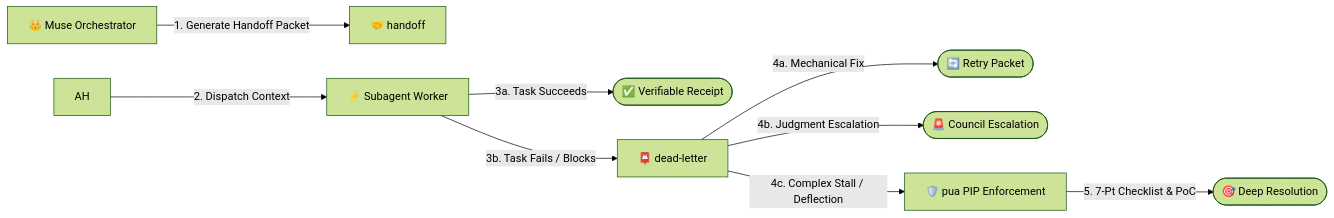
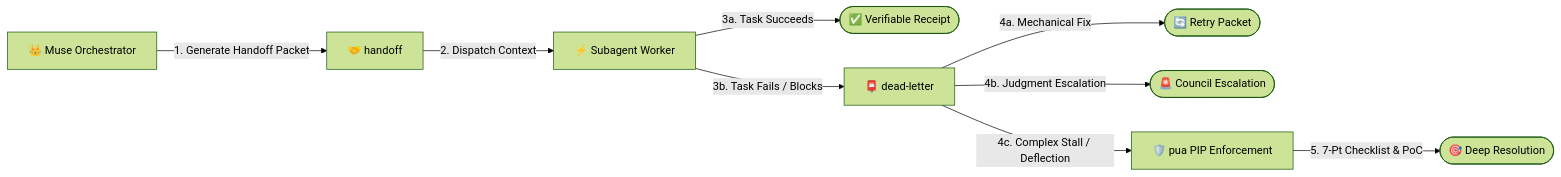
The third of 3 diagrams in docs/ARCHITECTURE.md (harshsinghmp/muse-skills), drawn with Mermaid (forest theme) before and after one commit. The commit also changed other lines of this file and 30 other files, not shown here.

````diff
--- a/docs/ARCHITECTURE.md
+++ b/docs/ARCHITECTURE.md
@@ -191,11 +222,11 @@
 ```mermaid
 graph LR
     Orchestrator[👑 Muse Orchestrator] -->|1. Generate Handoff Packet| HO[🤝 handoff]
-    AH -->|2. Dispatch Context| Worker[⚡ Subagent Worker]
+    HO -->|2. Dispatch Context| Worker[⚡ Subagent Worker]
     Worker -->|3a. Task Succeeds| Done([✅ Verifiable Receipt])
     Worker -->|3b. Task Fails / Blocks| DL[📮 dead-letter]
     DL -->|4a. Mechanical Fix| Retry([🔄 Retry Packet])
     DL -->|4b. Judgment Escalation| Escalate([🚨 Council Escalation])
     DL -->|4c. Complex Stall / Deflection| PUA[🛡️ pua PIP Enforcement]
     PUA -->|5. 7-Pt Checklist & PoC| Solved([🎯 Deep Resolution])
 ```
````
